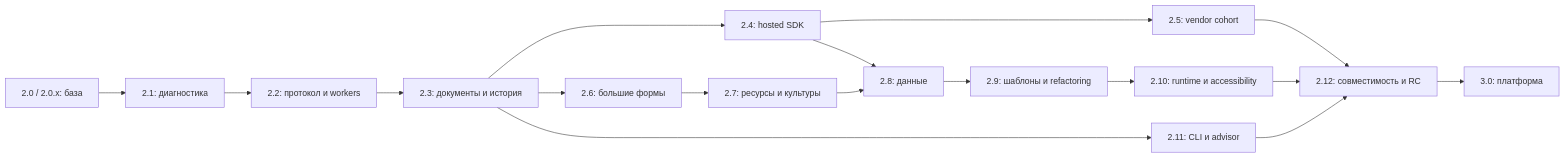
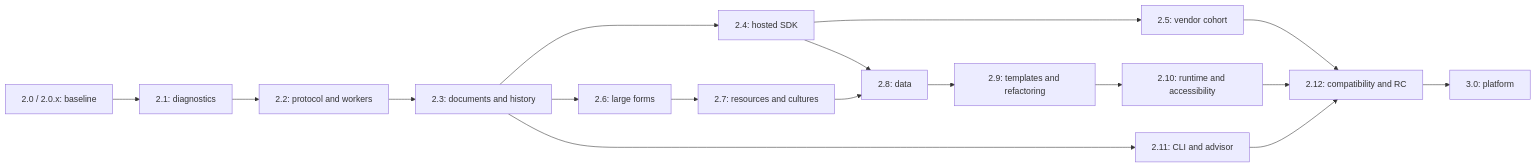
One commit to SkivHisink/winforms-designer-vscode changed the diagram in docs/roadmap-2.0.0-to-3.0.0.md. Above: the diagram before and after it, drawn with Mermaid. The commit also changed other lines of this file and 2 other files, not shown here.

Commit message:
feat: update roadmap

````diff
--- a/docs/roadmap-2.0.0-to-3.0.0.md
+++ b/docs/roadmap-2.0.0-to-3.0.0.md
@@ -117,19 +117,19 @@
 ```mermaid
 flowchart LR
-    B["2.0 / 2.0.x: база"] --> D["2.1: диагностика"]
-    D --> P["2.2: протокол и workers"]
-    P --> T["2.3: документы и история"]
+    B["2.0 / 2.0.x: baseline"] --> D["2.1: diagnostics"]
+    D --> P["2.2: protocol and workers"]
+    P --> T["2.3: documents and history"]
     T --> H["2.4: hosted SDK"]
     H --> V["2.5: vendor cohort"]
-    T --> F["2.6: большие формы"]
-    F --> L["2.7: ресурсы и культуры"]
-    H --> DB["2.8: данные"]
+    T --> F["2.6: large forms"]
+    F --> L["2.7: resources and cultures"]
+    H --> DB["2.8: data"]
     L --> DB
-    DB --> R["2.9: шаблоны и refactoring"]
-    R --> Q["2.10: runtime и accessibility"]
-    T --> C["2.11: CLI и advisor"]
-    Q --> RC["2.12: совместимость и RC"]
+    DB --> R["2.9: templates and refactoring"]
+    R --> Q["2.10: runtime and accessibility"]
+    T --> C["2.11: CLI and advisor"]
+    Q --> RC["2.12: compatibility and RC"]
     V --> RC
     C --> RC
-    RC --> GA["3.0: платформа"]
+    RC --> GA["3.0: platform"]
 ```
````
